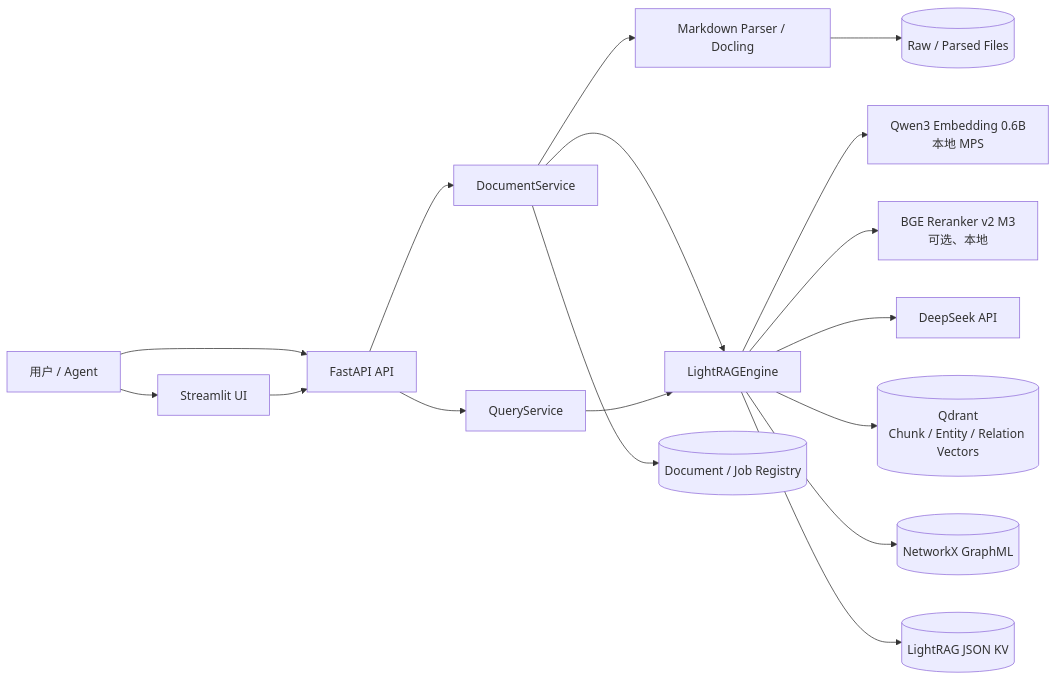
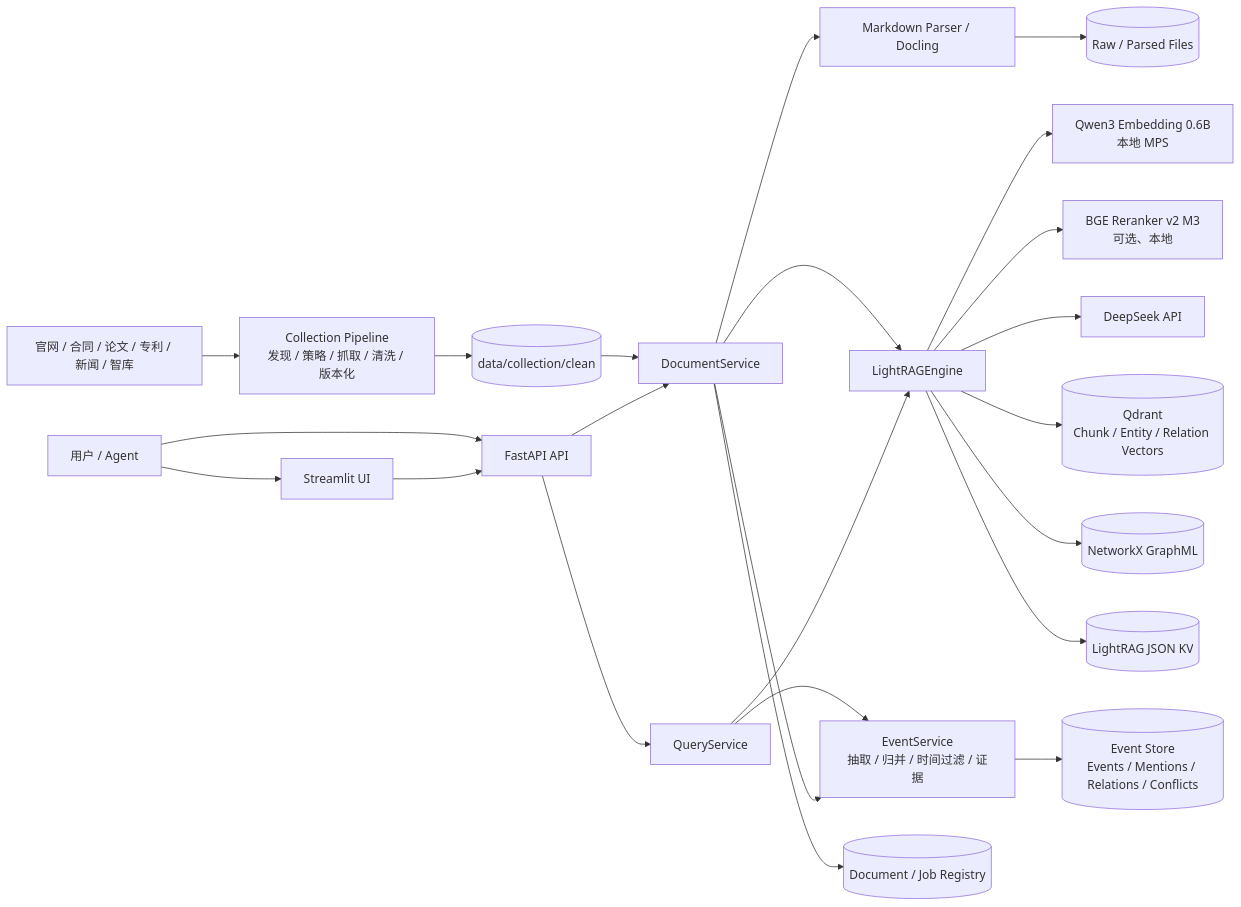
One commit to zomer2001/rag_prepare changed the first of 4 diagrams in TECHNICAL_REPORT.md. Above: the diagram before and after it, drawn with Mermaid. The commit also changed other lines of this file and 2 other files, not shown here.

Commit message:
docs: update architecture report and runbook

````diff
--- a/TECHNICAL_REPORT.md
+++ b/TECHNICAL_REPORT.md
@@ -82,35 +89,46 @@
 ```mermaid
 flowchart LR
+    SRC["官网 / 合同 / 论文 / 专利 / 新闻 / 智库"]
+    COL["Collection Pipeline<br/>发现 / 策略 / 抓取 / 清洗 / 版本化"]
+    CLEAN[("data/collection/clean")]
     USER["用户 / Agent"]
     UI["Streamlit UI"]
     API["FastAPI API"]
     DOC["DocumentService"]
     PARSER["Markdown Parser / Docling"]
     QUERY["QueryService"]
+    EVENT["EventService<br/>抽取 / 归并 / 时间过滤 / 证据"]
     ENGINE["LightRAGEngine"]
     EMBED["Qwen3 Embedding 0.6B<br/>本地 MPS"]
     RERANK["BGE Reranker v2 M3<br/>可选、本地"]
     LLM["DeepSeek API"]
     QDRANT[("Qdrant<br/>Chunk / Entity / Relation Vectors")]
     GRAPH[("NetworkX GraphML")]
     LKV[("LightRAG JSON KV")]
     REG[("Document / Job Registry")]
+    EREG[("Event Store<br/>Events / Mentions / Relations / Conflicts")]
     FILES[("Raw / Parsed Files")]
 
+    SRC --> COL
+    COL --> CLEAN
+    CLEAN --> DOC
     USER --> UI
     USER --> API
     UI --> API
     API --> DOC
     API --> QUERY
+    QUERY --> EVENT
     DOC --> PARSER
     DOC --> ENGINE
+    DOC --> EVENT
     QUERY --> ENGINE
     PARSER --> FILES
     DOC --> REG
+    EVENT --> EREG
     ENGINE --> EMBED
     ENGINE --> RERANK
     ENGINE --> LLM
     ENGINE --> QDRANT
     ENGINE --> GRAPH
     ENGINE --> LKV
 ```
````
